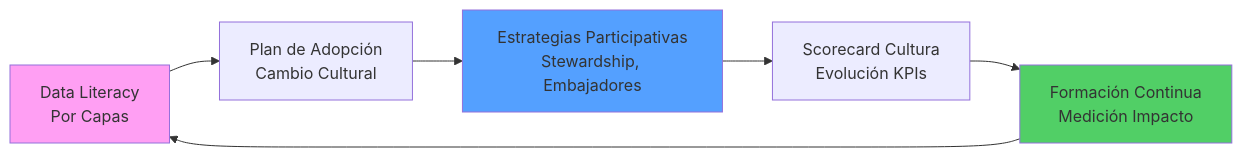
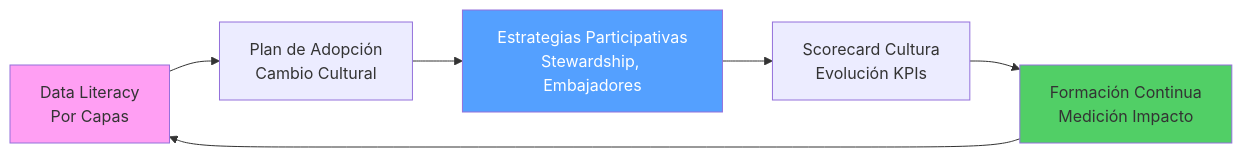
Diagram 11 of 17 in readme.md (arielmmdx/offering), drawn with Mermaid before and after one commit. The commit also changed other lines of this file, not shown here.

````diff
--- a/readme.md
+++ b/readme.md
@@ -513,12 +513,12 @@
 ```mermaid
 graph LR
     A[Data Literacy<br/>Por Capas] --> B[Plan de Adopción<br/>Cambio Cultural]
     B --> C[Estrategias Participativas<br/>Stewardship, Embajadores]
     C --> D[Scorecard Cultura<br/>Evolución KPIs]
     D --> E[Formación Continua<br/>Medición Impacto]
     E --> A
     
     style A fill:#ff9ff3
-    style C fill:#54a0ff
+    style C fill:#54a0ff,color:#fff
     style E fill:#51cf66
 ```
````
